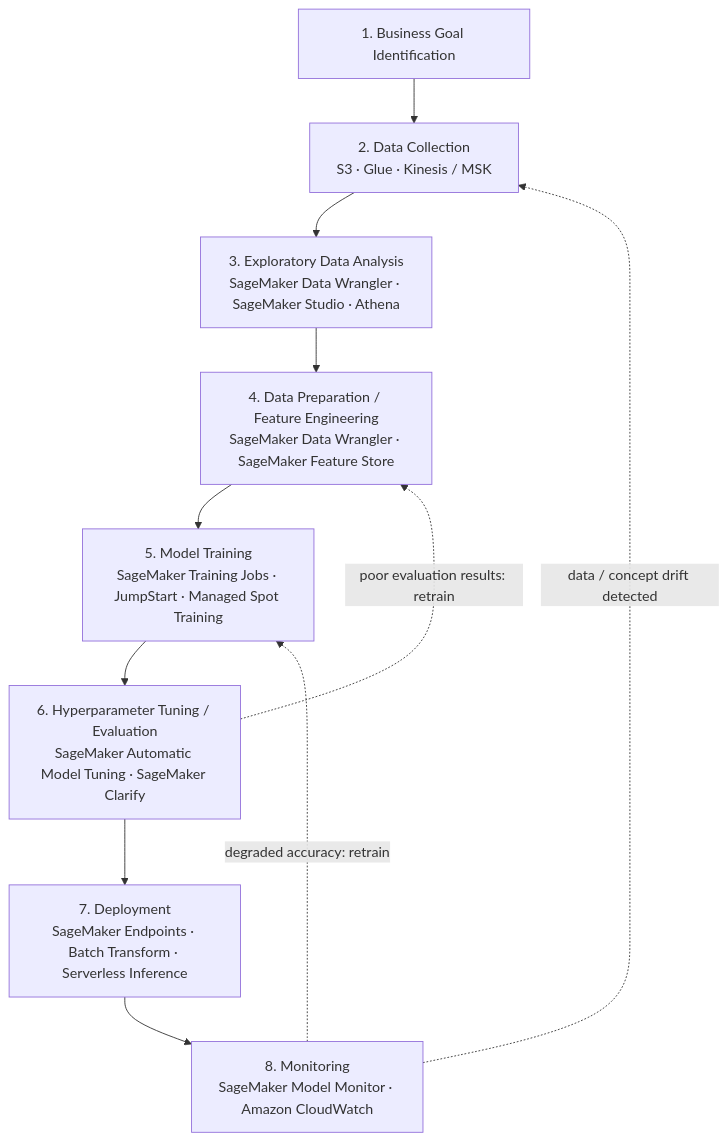
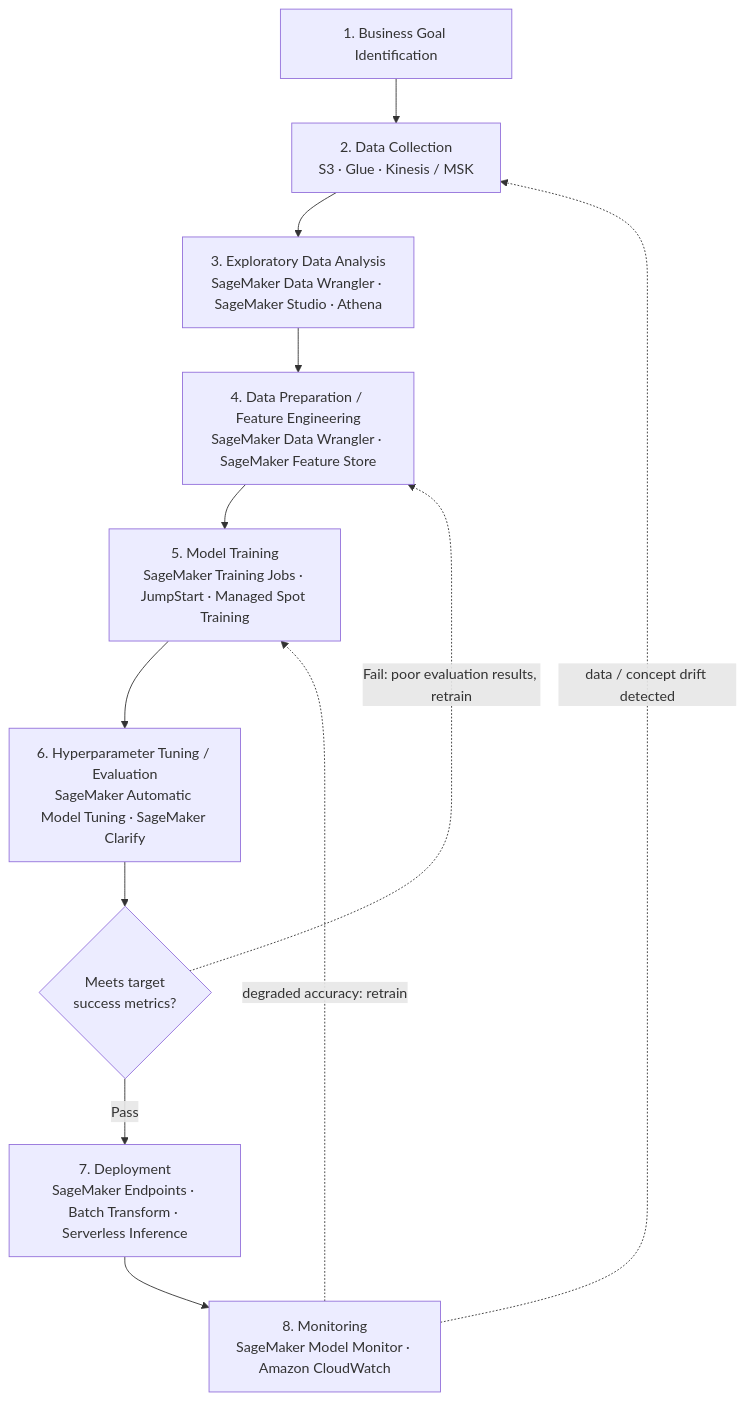
One commit to ChathurangaVKD/AWS-Certified-AI-Practitioner changed the diagram in docs/domain-1-fundamentals-of-ai-and-ml.md. Above: the diagram before and after it, drawn with Mermaid. The commit also changed other lines of this file and 1 other file, not shown here.

Commit message:
autopilot: Add ML Lifecycle Flowchart Diagram to Domain 1

````diff
--- a/docs/domain-1-fundamentals-of-ai-and-ml.md
+++ b/docs/domain-1-fundamentals-of-ai-and-ml.md
@@ -148,13 +152,14 @@
 ```mermaid
 flowchart TD
     A["1. Business Goal Identification"] --> B["2. Data Collection<br/>S3 · Glue · Kinesis / MSK"]
     B --> C["3. Exploratory Data Analysis<br/>SageMaker Data Wrangler · SageMaker Studio · Athena"]
     C --> D["4. Data Preparation / Feature Engineering<br/>SageMaker Data Wrangler · SageMaker Feature Store"]
     D --> E["5. Model Training<br/>SageMaker Training Jobs · JumpStart · Managed Spot Training"]
     E --> F["6. Hyperparameter Tuning / Evaluation<br/>SageMaker Automatic Model Tuning · SageMaker Clarify"]
-    F --> G["7. Deployment<br/>SageMaker Endpoints · Batch Transform · Serverless Inference"]
+    F --> DEC{"Meets target<br/>success metrics?"}
+    DEC -- "Pass" --> G["7. Deployment<br/>SageMaker Endpoints · Batch Transform · Serverless Inference"]
     G --> H["8. Monitoring<br/>SageMaker Model Monitor · Amazon CloudWatch"]
-    F -. "poor evaluation results: retrain" .-> D
+    DEC -. "Fail: poor evaluation results, retrain" .-> D
     H -. "data / concept drift detected" .-> B
     H -. "degraded accuracy: retrain" .-> E
 ```
````
